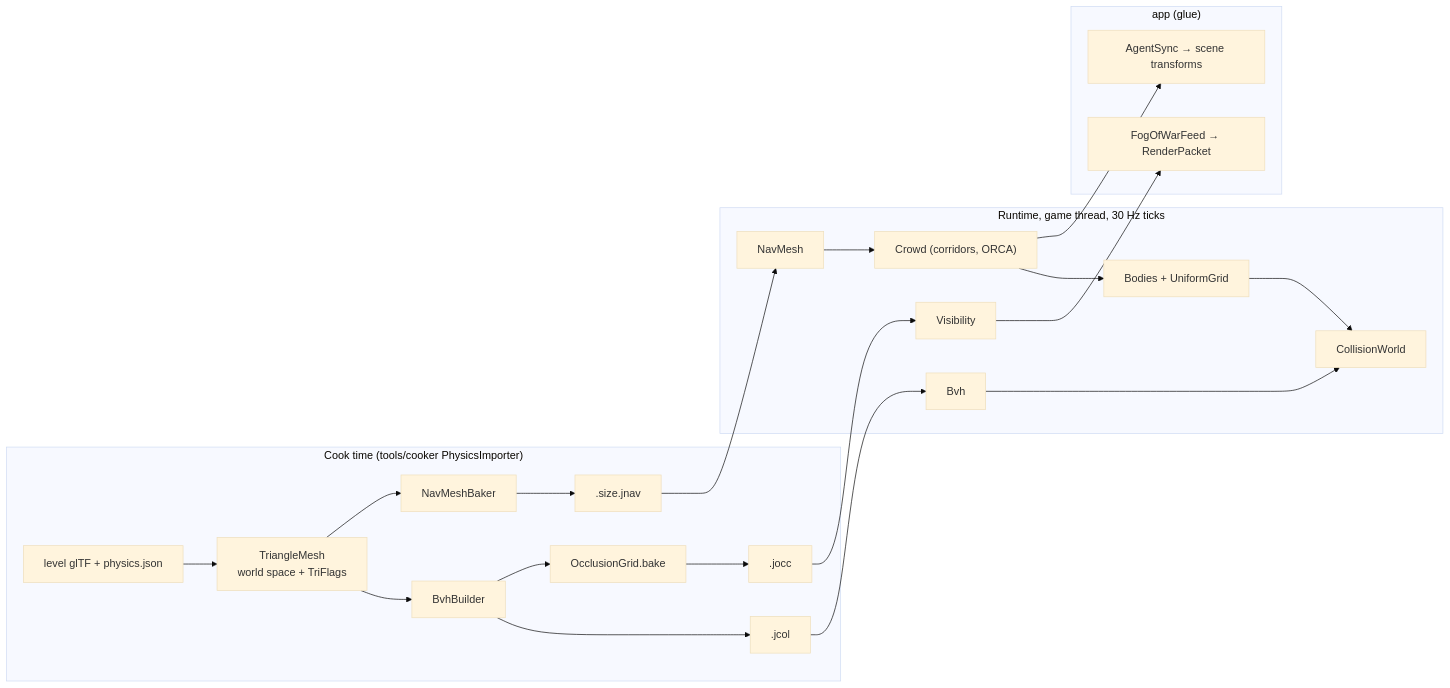
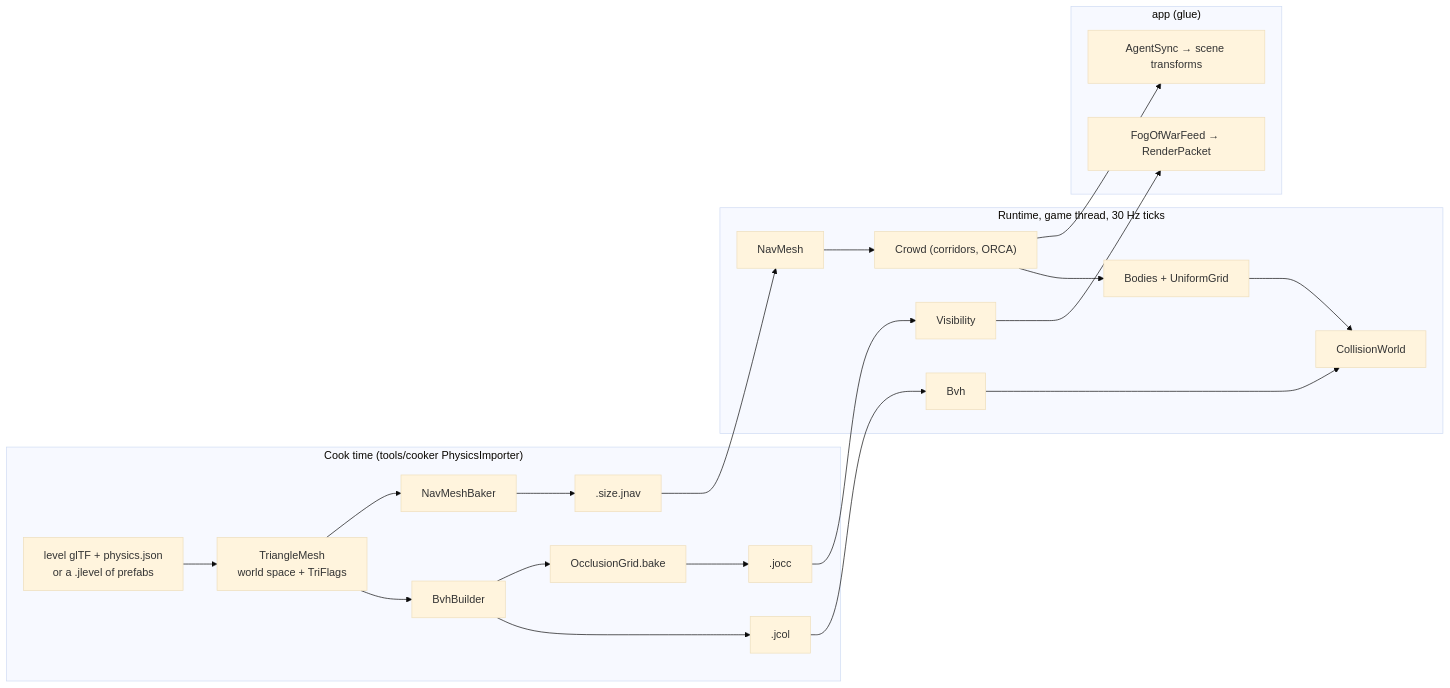
Before and after one commit to ilumar589/JEddyFramework: the first of 2 diagrams in docs/learn/11-physics-navigation-crowds.md, drawn with Mermaid (base theme). The commit also changed other lines of this file and 14 other files, not shown here.

````diff
--- a/docs/learn/11-physics-navigation-crowds.md
+++ b/docs/learn/11-physics-navigation-crowds.md
@@ -47,22 +47,22 @@
 ```mermaid
 flowchart LR
   subgraph cook["Cook time (tools/cooker PhysicsImporter)"]
-    gltf["level glTF + physics.json"] --> tri["TriangleMesh<br/>world space + TriFlags"]
+    gltf["level glTF + physics.json<br/>or a .jlevel of prefabs"] --> tri["TriangleMesh<br/>world space + TriFlags"]
     tri --> bb["BvhBuilder"] --> jcol[".jcol"]
     tri --> nb["NavMeshBaker"] --> jnav[".size.jnav"]
     bb --> og["OcclusionGrid.bake"] --> jocc[".jocc"]
   end
   subgraph run["Runtime, game thread, 30 Hz ticks"]
     jcol --> bvh["Bvh"]
     jnav --> nav["NavMesh"]
     jocc --> vis["Visibility"]
     bodies["Bodies + UniformGrid"] --> cw["CollisionWorld"]
     bvh --> cw
     nav --> crowd["Crowd (corridors, ORCA)"]
     crowd --> bodies
   end
   subgraph app["app (glue)"]
     crowd --> sync["AgentSync → scene transforms"]
     vis --> fog["FogOfWarFeed → RenderPacket"]
   end
 ```
````
